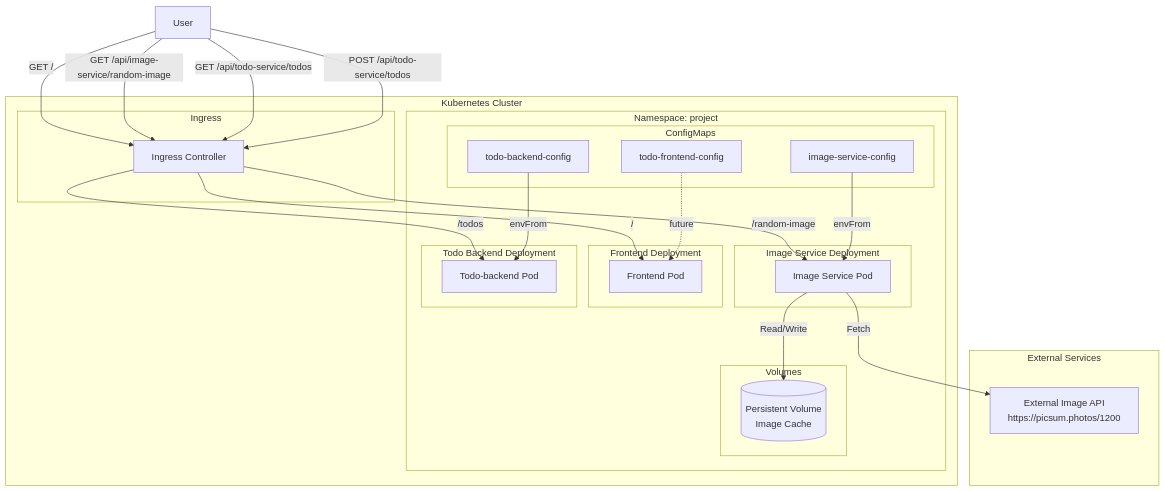
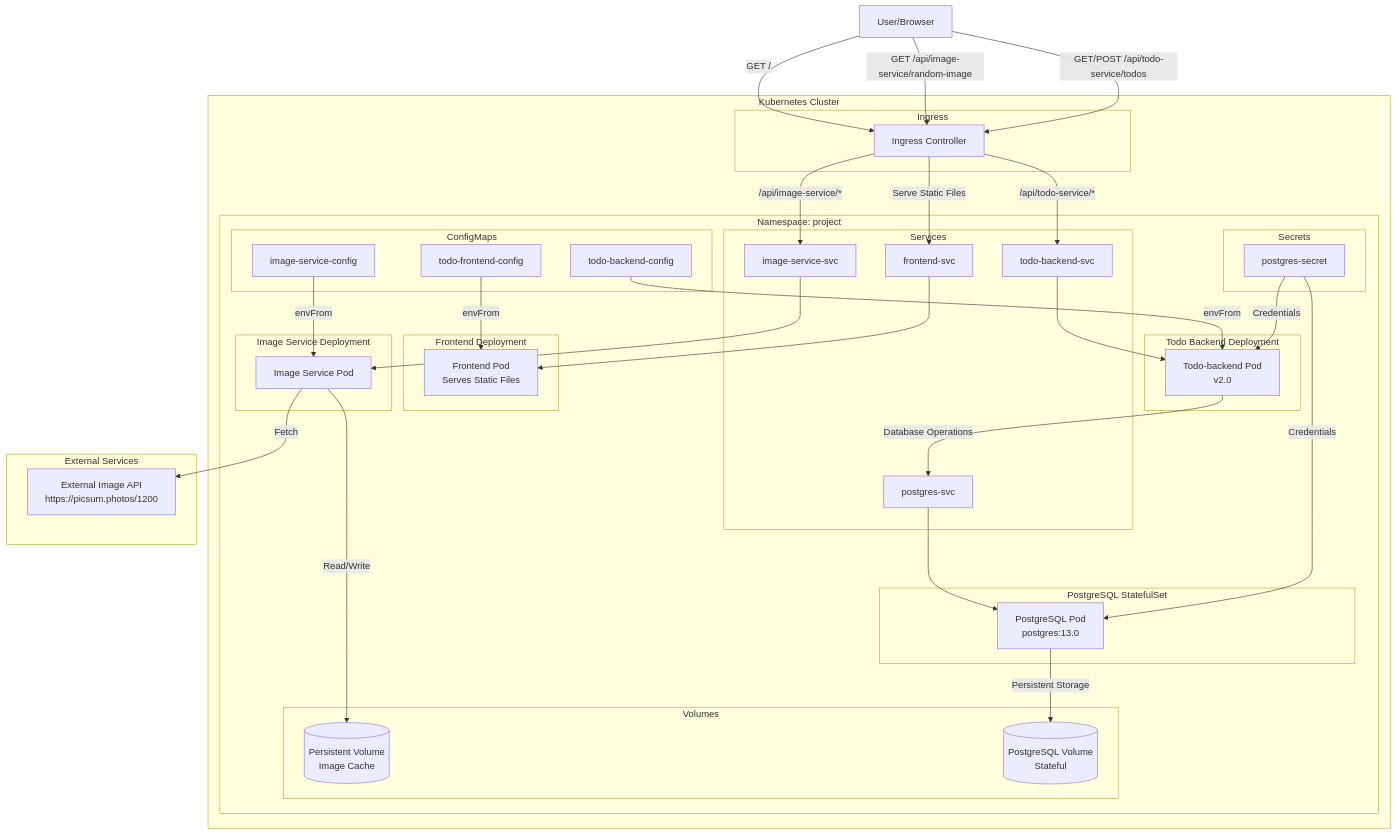
Before and after one commit to Yakovyakov/KubernetsSubmissions: the diagram in the_project/README.md, drawn with Mermaid. The commit also changed other lines of this file, not shown here.

````diff
--- a/the_project/README.md
+++ b/the_project/README.md
@@ -144,56 +204,79 @@
-  ```mermaid
+```mermaid
 graph TD
   subgraph Kubernetes Cluster
     subgraph Ingress
       I[Ingress Controller]
     end
     subgraph "Namespace: project"
+      subgraph PostgreSQL StatefulSet
+        PG[PostgreSQL Pod<br>postgres:13.0]
+      end
+
       subgraph Image Service Deployment
         IS[Image Service Pod]
       end
 
       subgraph Frontend Deployment
-        F[Frontend Pod]
+        F[Frontend Pod<br>Serves Static Files]
       end
 
       subgraph Todo Backend Deployment
-        TB[Todo-backend Pod]
+        TB[Todo-backend Pod<br>v2.0]
       end
 
       subgraph Volumes
-        PV[(Persistent Volume<br>Image Cache)]
+        PV1[(Persistent Volume<br>Image Cache)]
+        PV2[(PostgreSQL Volume<br>Stateful)]
       end
 
       subgraph ConfigMaps
         CM1[todo-backend-config]
         CM2[image-service-config]
         CM3[todo-frontend-config]
+      end
+
+      subgraph Secrets
+        SEC[postgres-secret]
+      end
+
+      subgraph Services
+        SVC1[postgres-svc]
+        SVC2[todo-backend-svc]
+        SVC3[frontend-svc]
+        SVC4[image-service-svc]
       end
     end
   end
 
   subgraph External Services
     EXT[External Image API<br>https://picsum.photos/1200]
   end
 
-  User[User] -->|GET /| I
+  User[User/Browser] -->|GET /| I
   User -->|GET /api/image-service/random-image| I
-  User -->|GET /api/todo-service/todos| I
-  User -->|POST /api/todo-service/todos| I
+  User -->|GET/POST /api/todo-service/todos| I
 
-  I -->|/| F
-  I -->|/random-image| IS
-  I -->|/todos| TB
+  I -->|Serve Static Files| SVC3 --> F
+  I -->|/api/image-service/*| SVC4 --> IS
+  I -->|/api/todo-service/*| SVC2 --> TB
 
-  IS -->|Read/Write| PV
+  IS -->|Read/Write| PV1
   IS -->|Fetch| EXT
+
+  TB -->|Database Operations| SVC1 --> PG
+  PG -->|Persistent Storage| PV2
 
   CM1 -->|envFrom| TB
   CM2 -->|envFrom| IS
-  CM3 -. future .-> F
+  CM3 -->|envFrom| F
+  
+  SEC -->|Credentials| TB
+  SEC -->|Credentials| PG
 
-  class IS,F,TB pod;
-  class PV storage;
+  class IS,F,TB,PG pod;
+  class PV1,PV2 storage;
   class I ingress;
   class CM1,CM2,CM3 configmap;
-  ```
+  class SEC secret;
+  class SVC1,SVC2,SVC3,SVC4 service;
+```
````
